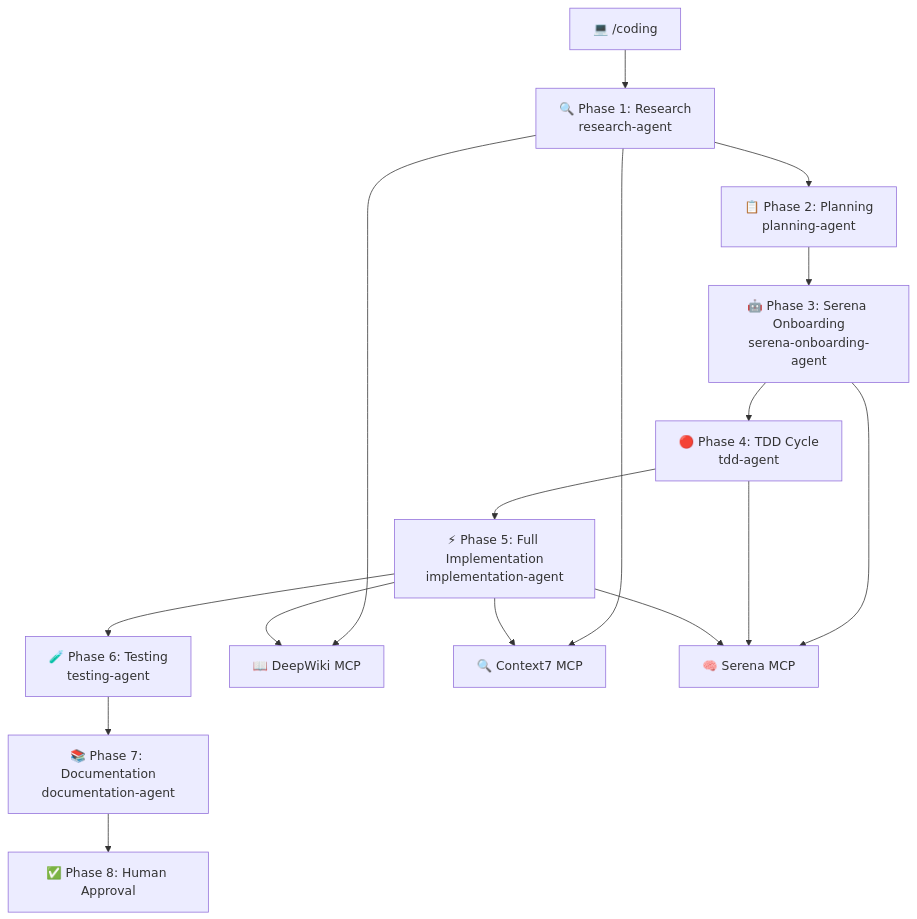
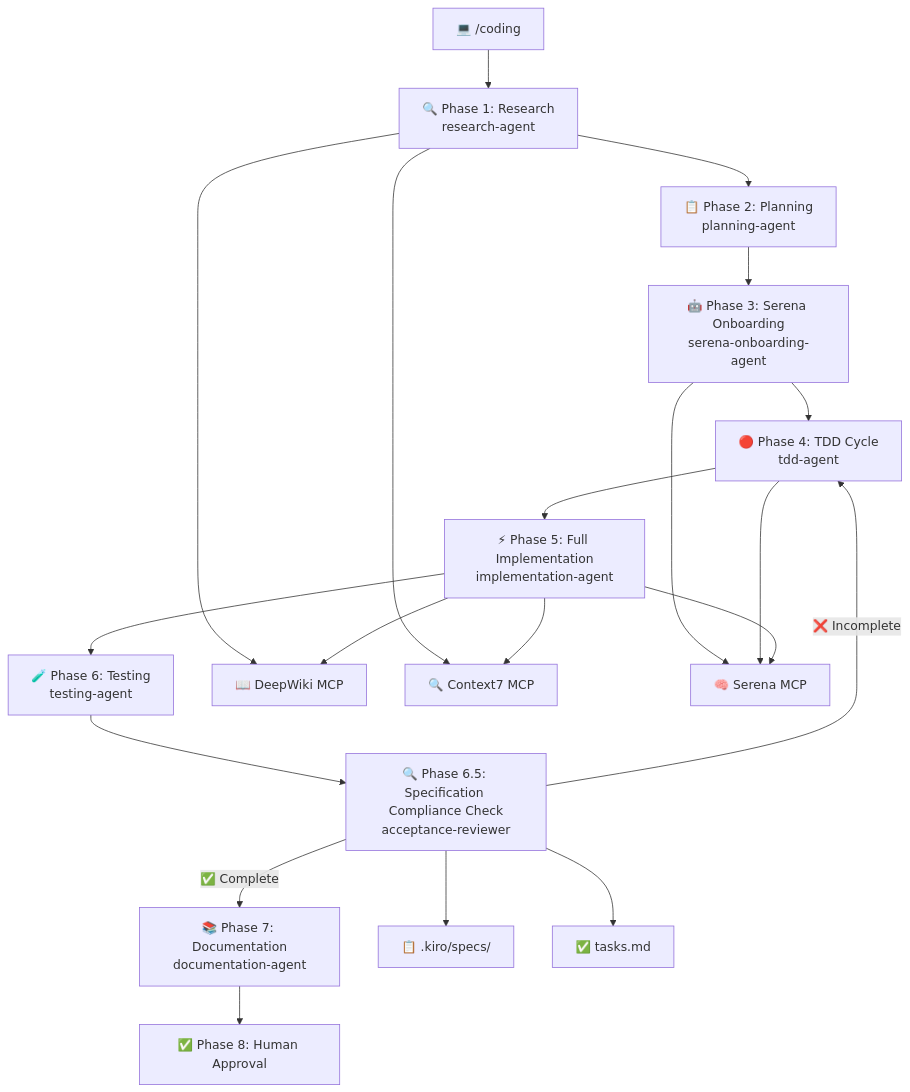
One commit to s-hiraoku/b2b-design-system changed the fourth of 10 diagrams in docs/design/ARCHITECTURE.md. Above: the diagram before and after it, drawn with Mermaid. The commit also changed other lines of this file and 2 other files, not shown here.

Commit message:
add reviewer feature in coding workflow

````diff
--- a/docs/design/ARCHITECTURE.md
+++ b/docs/design/ARCHITECTURE.md
@@ -132,20 +132,26 @@
 ```mermaid
 graph TD
     CodingMain[💻 /coding] --> Phase1[🔍 Phase 1: Research<br/>research-agent]
     Phase1 --> Phase2[📋 Phase 2: Planning<br/>planning-agent]
     Phase2 --> Phase3[🤖 Phase 3: Serena Onboarding<br/>serena-onboarding-agent]
     Phase3 --> Phase4[🔴 Phase 4: TDD Cycle<br/>tdd-agent]
     Phase4 --> Phase5[⚡ Phase 5: Full Implementation<br/>implementation-agent]
     Phase5 --> Phase6[🧪 Phase 6: Testing<br/>testing-agent]
-    Phase6 --> Phase7[📚 Phase 7: Documentation<br/>documentation-agent]
+    Phase6 --> SpecCheck[🔍 Phase 6.5: Specification Compliance Check<br/>acceptance-reviewer]
+    SpecCheck --> |✅ Complete| Phase7[📚 Phase 7: Documentation<br/>documentation-agent]
+    SpecCheck --> |❌ Incomplete| Phase4
     Phase7 --> Approval[✅ Phase 8: Human Approval]
 
     %% MCP Integrations
     Phase1 --> DeepWiki[📖 DeepWiki MCP]
     Phase1 --> Context7[🔍 Context7 MCP]
     Phase3 --> SerenaMCP[🧠 Serena MCP]
     Phase4 --> SerenaMCP
     Phase5 --> SerenaMCP
     Phase5 --> DeepWiki
     Phase5 --> Context7
+    
+    %% Specification Check Integration
+    SpecCheck --> SpecFiles[📋 .kiro/specs/]
+    SpecCheck --> TasksFile[✅ tasks.md]
 ```
````
